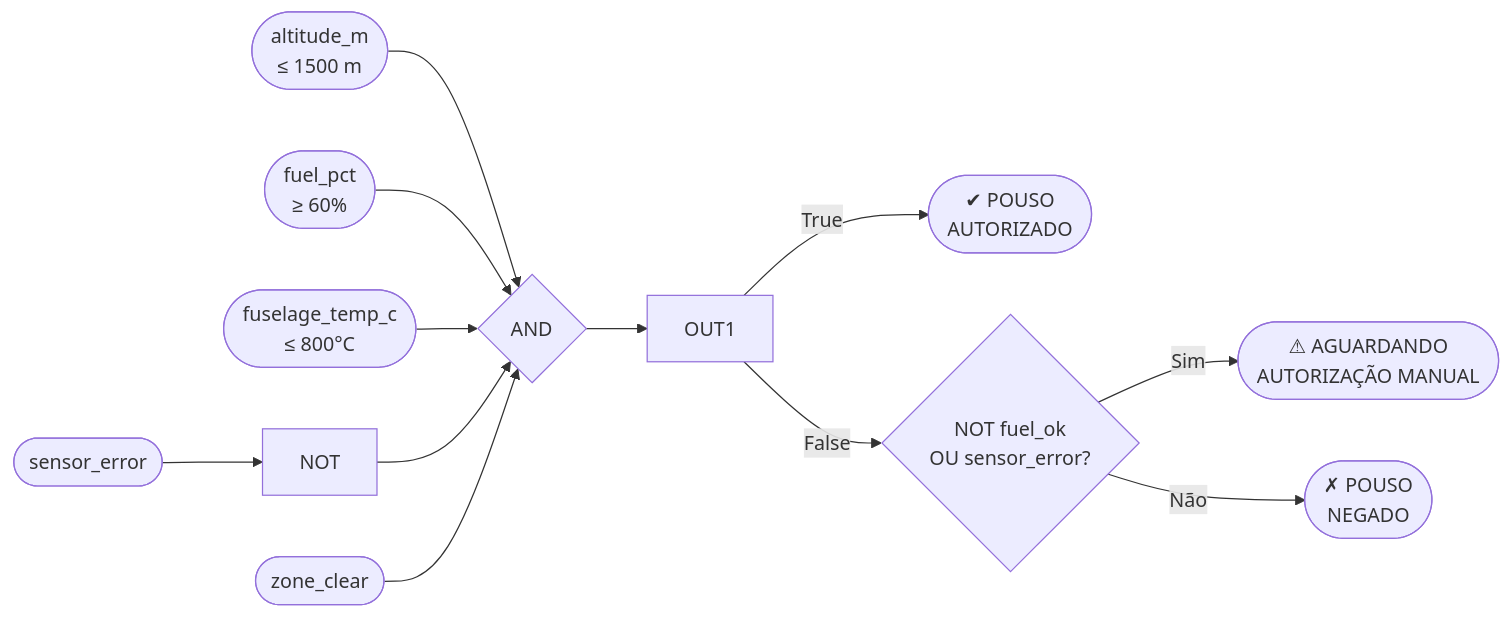
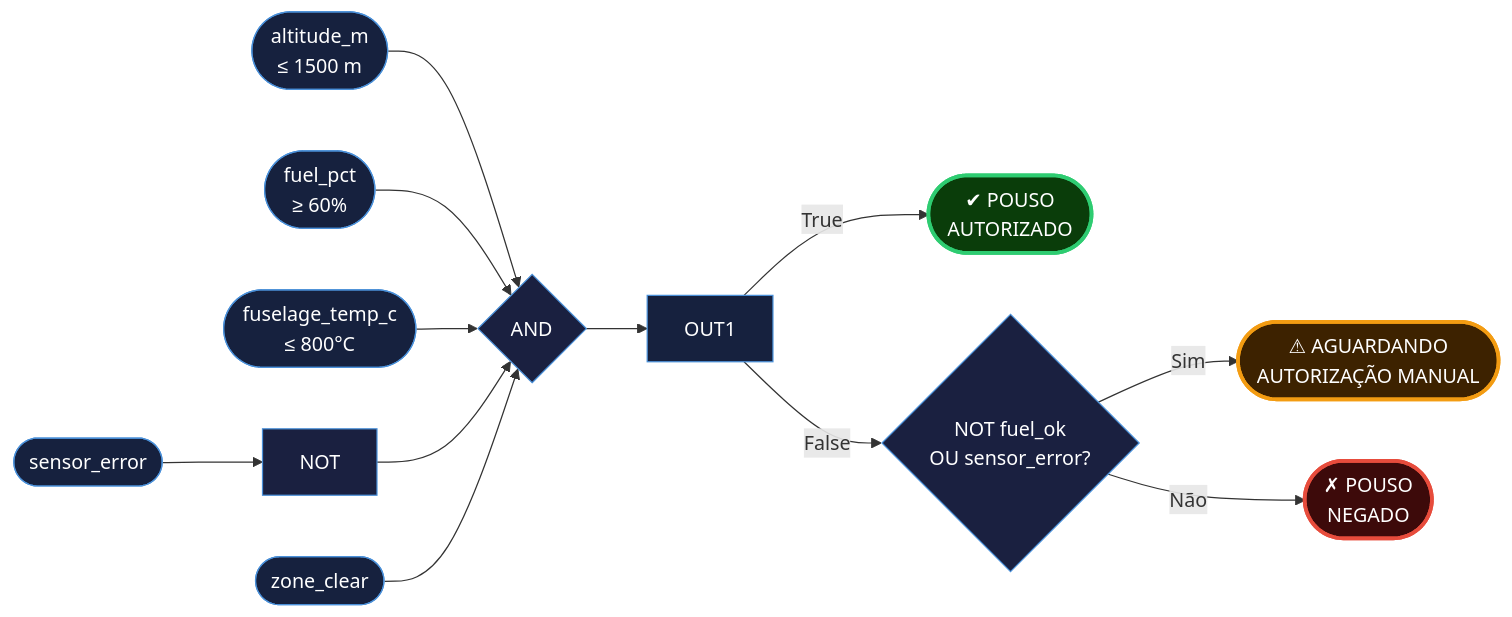
The ninth of 9 diagrams in README.md (juliaramosguedes/fiap-fase-2-aurora-siger), drawn with Mermaid before and after one commit. The commit also changed other lines of this file, not shown here.

Commit message:
docs: apply space-themed color palette to all mermaid diagrams

````diff
--- a/README.md
+++ b/README.md
@@ -193,16 +262,29 @@
 ```mermaid
 flowchart LR
     A1([altitude_m\n≤ 1500 m]) --> AND1
     A2([fuel_pct\n≥ 60%]) --> AND1
     A3([fuselage_temp_c\n≤ 800°C]) --> AND1
     A4([sensor_error]) --> NOT1[NOT]
     NOT1 --> AND1
     A5([zone_clear]) --> AND1
 
     AND1{AND} --> OUT1
 
     OUT1 -->|True| AUTH([✔ POUSO\nAUTORIZADO])
     OUT1 -->|False| CHK{NOT fuel_ok\nOU sensor_error?}
     CHK -->|Sim| ALERT([⚠ AGUARDANDO\nAUTORIZAÇÃO MANUAL])
     CHK -->|Não| DENY([✗ POUSO\nNEGADO])
+
+    style A1 fill:#16213e,color:#fff,stroke:#4a90d9
+    style A2 fill:#16213e,color:#fff,stroke:#4a90d9
+    style A3 fill:#16213e,color:#fff,stroke:#4a90d9
+    style A4 fill:#16213e,color:#fff,stroke:#4a90d9
+    style A5 fill:#16213e,color:#fff,stroke:#4a90d9
+    style NOT1 fill:#1a2040,color:#fff,stroke:#4a90d9
+    style AND1 fill:#1a2040,color:#fff,stroke:#4a90d9
+    style OUT1 fill:#16213e,color:#fff,stroke:#4a90d9
+    style AUTH fill:#0a3d0a,color:#fff,stroke:#2ecc71,stroke-width:3px
+    style CHK fill:#1a2040,color:#fff,stroke:#4a90d9
+    style ALERT fill:#3d2200,color:#fff,stroke:#f39c12,stroke-width:3px
+    style DENY fill:#3d0a0a,color:#fff,stroke:#e74c3c,stroke-width:3px
 ```
````
